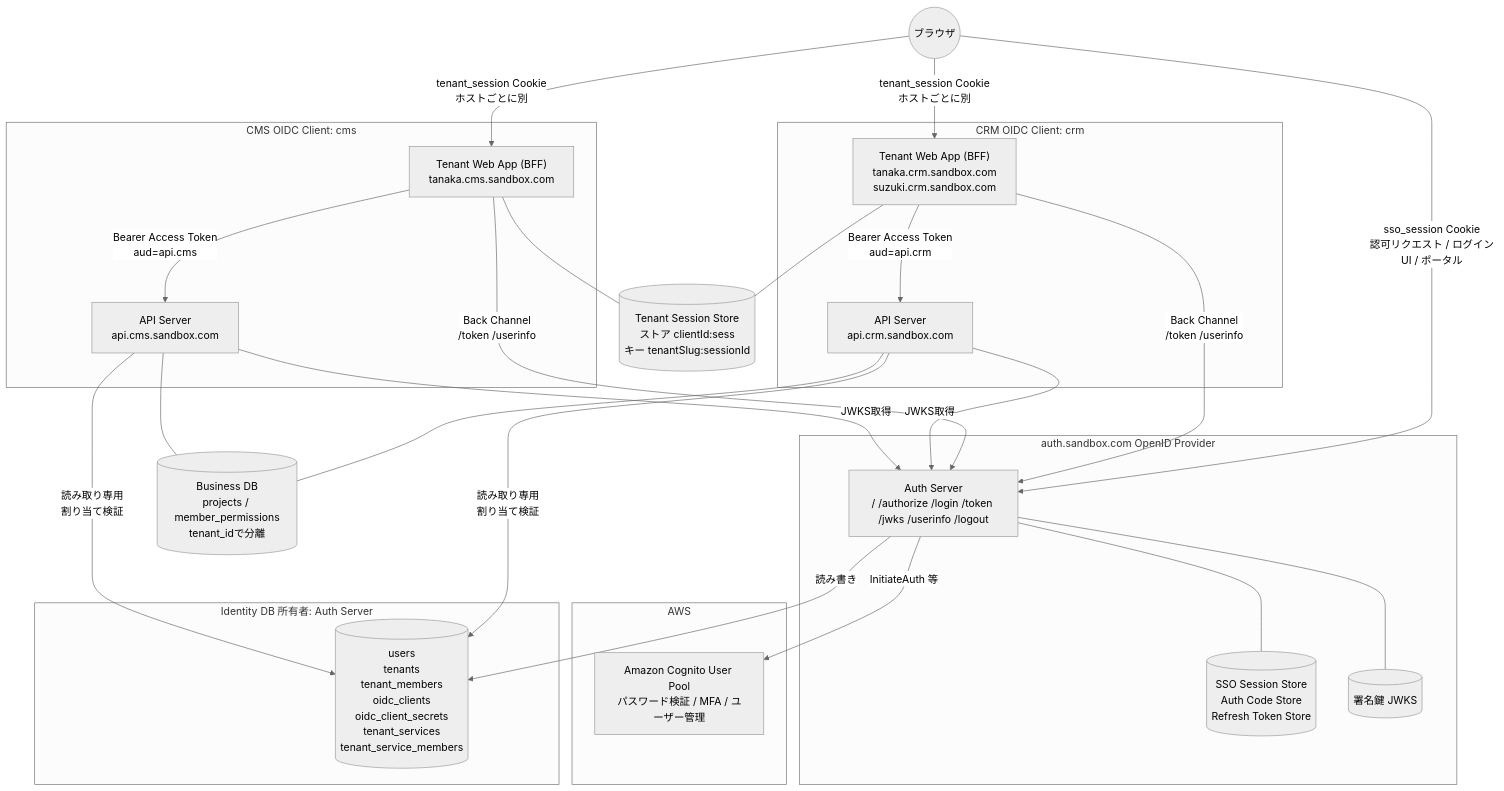
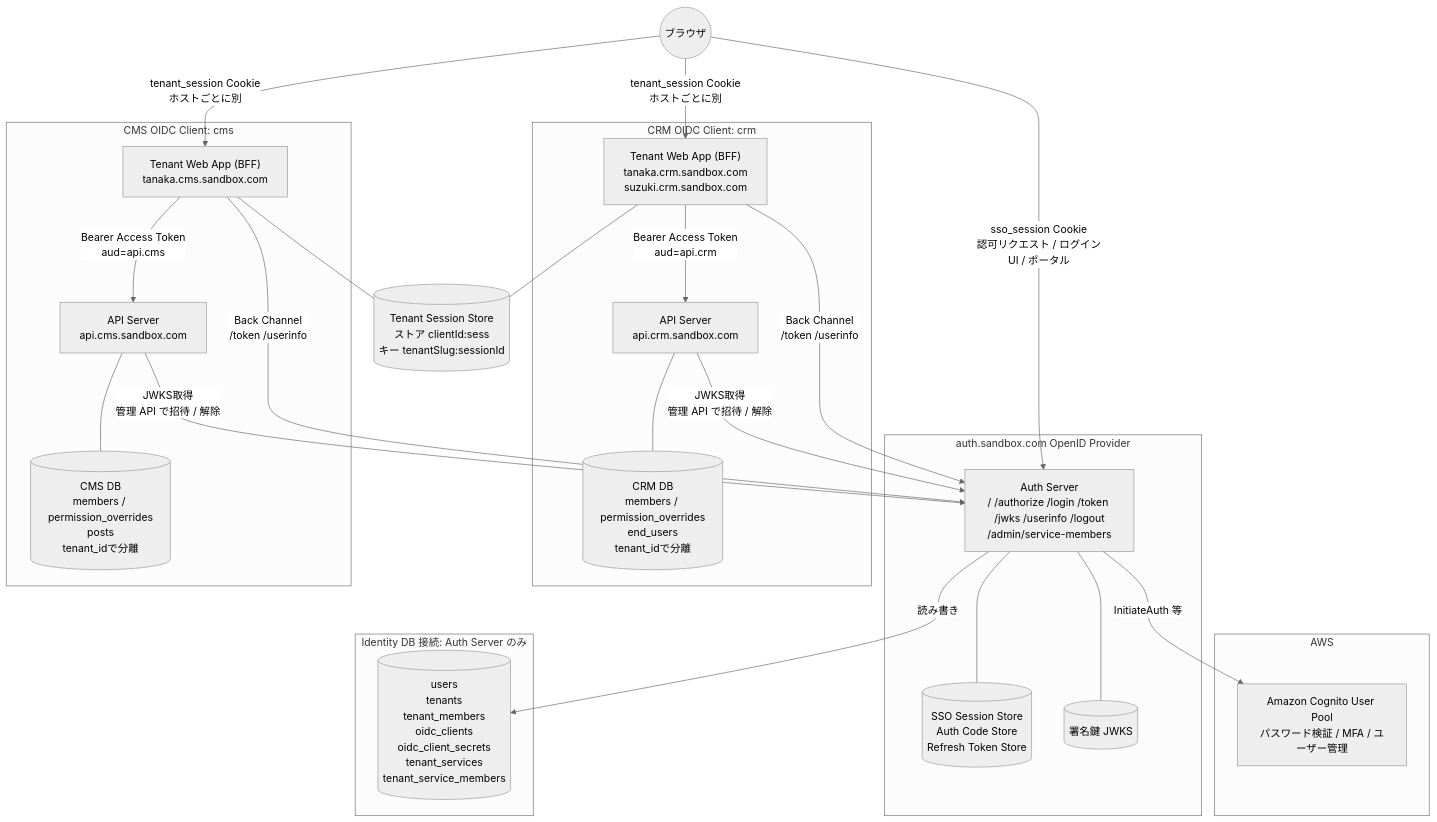
Before and after one commit to daisuke-tanabe/multi-domain-sandbox: the first of 2 diagrams in docs/design/01-system-architecture.md, drawn with Mermaid (neutral theme). The commit also changed other lines of this file and 97 other files, not shown here.

````diff
--- a/docs/design/01-system-architecture.md
+++ b/docs/design/01-system-architecture.md
@@ -13,51 +14,50 @@
 ```mermaid
 flowchart TB
     User((ブラウザ))
 
     subgraph AWS
         Cognito["Amazon Cognito User Pool<br/>パスワード検証 / MFA / ユーザー管理"]
     end
 
     subgraph AuthLayer ["auth.sandbox.com  OpenID Provider"]
-        Auth["Auth Server<br/>/ /authorize /login /token /jwks /userinfo /logout"]
+        Auth["Auth Server<br/>/ /authorize /login /token /jwks /userinfo /logout<br/>/admin/service-members"]
         SsoStore[("SSO Session Store<br/>Auth Code Store<br/>Refresh Token Store")]
         Keys[("署名鍵 JWKS")]
         Auth --- SsoStore
         Auth --- Keys
     end
 
-    subgraph Identity ["Identity DB  所有者: Auth Server"]
+    subgraph Identity ["Identity DB  接続: Auth Server のみ"]
         IdDB[("users<br/>tenants<br/>tenant_members<br/>oidc_clients<br/>oidc_client_secrets<br/>tenant_services<br/>tenant_service_members")]
     end
 
     subgraph Crm ["CRM  OIDC Client: crm"]
         WebCrm["Tenant Web App (BFF)<br/>tanaka.crm.sandbox.com<br/>suzuki.crm.sandbox.com"]
         ApiCrm["API Server<br/>api.crm.sandbox.com"]
+        CrmDB[("CRM DB<br/>members / permission_overrides<br/>end_users<br/>tenant_idで分離")]
     end
 
     subgraph Cms ["CMS  OIDC Client: cms"]
         WebCms["Tenant Web App (BFF)<br/>tanaka.cms.sandbox.com"]
         ApiCms["API Server<br/>api.cms.sandbox.com"]
+        CmsDB[("CMS DB<br/>members / permission_overrides<br/>posts<br/>tenant_idで分離")]
     end
 
     Sess[("Tenant Session Store<br/>ストア clientId:sess<br/>キー tenantSlug:sessionId")]
-    BizDB[("Business DB<br/>projects / member_permissions<br/>tenant_idで分離")]
 
     User -- "tenant_session Cookie<br/>ホストごとに別" --> WebCrm
     User -- "tenant_session Cookie<br/>ホストごとに別" --> WebCms
     User -- "sso_session Cookie<br/>認可リクエスト / ログインUI / ポータル" --> Auth
     Auth -- "InitiateAuth 等" --> Cognito
     Auth -- "読み書き" --> IdDB
     WebCrm -- "Back Channel<br/>/token /userinfo" --> Auth
     WebCms -- "Back Channel<br/>/token /userinfo" --> Auth
     WebCrm --- Sess
     WebCms --- Sess
     WebCrm -- "Bearer Access Token<br/>aud=api.crm" --> ApiCrm
     WebCms -- "Bearer Access Token<br/>aud=api.cms" --> ApiCms
-    ApiCrm --- BizDB
-    ApiCms --- BizDB
-    ApiCrm -- "読み取り専用<br/>割り当て検証" --> IdDB
-    ApiCms -- "読み取り専用<br/>割り当て検証" --> IdDB
-    ApiCrm -- "JWKS取得" --> Auth
-    ApiCms -- "JWKS取得" --> Auth
+    ApiCrm --- CrmDB
+    ApiCms --- CmsDB
+    ApiCrm -- "JWKS取得<br/>管理 API で招待 / 解除" --> Auth
+    ApiCms -- "JWKS取得<br/>管理 API で招待 / 解除" --> Auth
 ```
````
